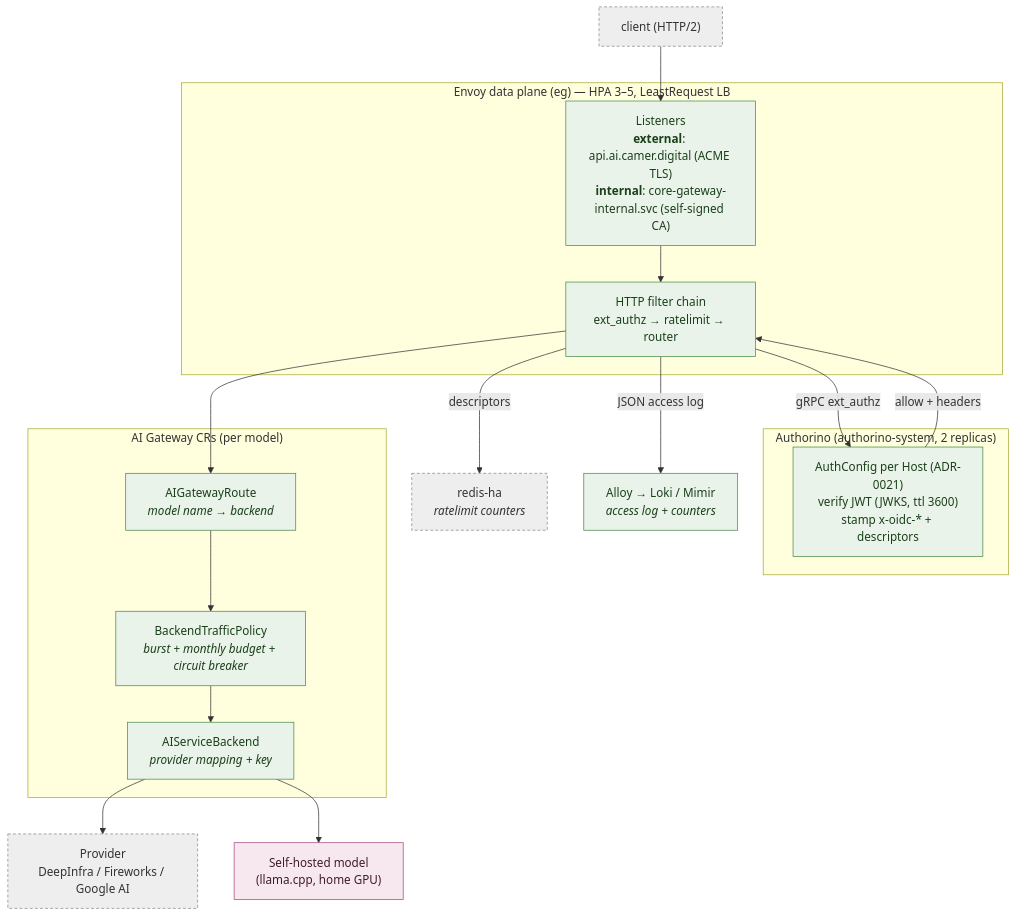
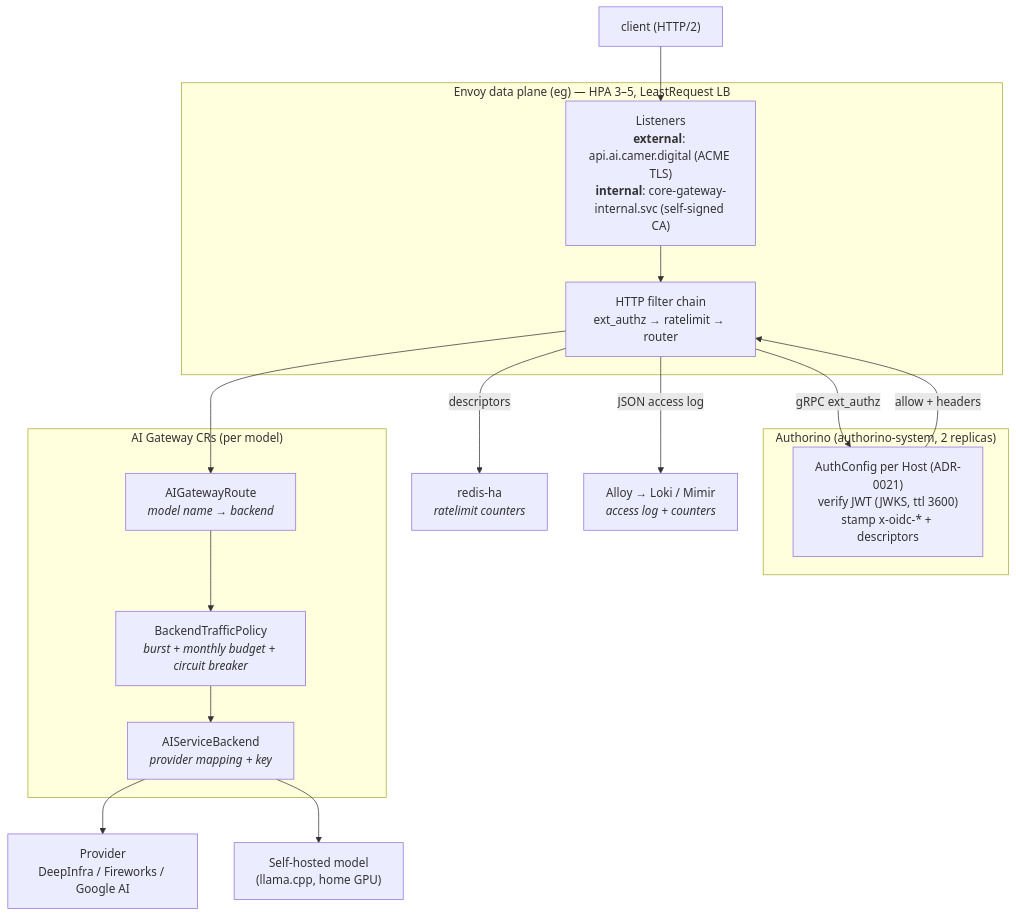
Before and after one commit to ADORSYS-GIS/ai-helm: the first of 5 diagrams in docs/architecture/03-gateway-components.md, drawn with Mermaid. The commit also changed 13 other files, not shown here.

First line of the commit message:
docs(architecture): uncolor all mermaid; refresh CD/components; add diagrams

````diff
--- a/docs/architecture/03-gateway-components.md
+++ b/docs/architecture/03-gateway-components.md
@@ -9,37 +9,34 @@
 ```mermaid
 flowchart TB
-    CLIENT["client (HTTP/2)"]:::ext
+    CLIENT["client (HTTP/2)"]
 
     subgraph dp["Envoy data plane (eg) — HPA 3–5, LeastRequest LB"]
-        LISTEN["Listeners<br/><b>external</b>: api.ai.camer.digital (ACME TLS)<br/><b>internal</b>: core-gateway-internal.svc (self-signed CA)"]:::own
-        FILTER["HTTP filter chain<br/>ext_authz → ratelimit → router"]:::own
+        LISTEN["Listeners<br/><b>external</b>: api.ai.camer.digital (ACME TLS)<br/><b>internal</b>: core-gateway-internal.svc (self-signed CA)"]
+        FILTER["HTTP filter chain<br/>ext_authz → ratelimit → router"]
     end
 
     subgraph authz["Authorino (authorino-system, 2 replicas)"]
-        AC["AuthConfig per Host (ADR-0021)<br/>verify JWT (JWKS, ttl 3600)<br/>stamp x-oidc-* + descriptors"]:::own
+        AC["AuthConfig per Host (ADR-0021)<br/>verify JWT (JWKS, ttl 3600)<br/>stamp x-oidc-* + descriptors"]
     end
 
     subgraph route["AI Gateway CRs (per model)"]
-        AIR["AIGatewayRoute<br/><i>model name → backend</i>"]:::own
-        BTP["BackendTrafficPolicy<br/><i>burst + monthly budget + circuit breaker</i>"]:::own
-        ASB["AIServiceBackend<br/><i>provider mapping + key</i>"]:::own
+        AIR["AIGatewayRoute<br/><i>model name → backend</i>"]
+        BTP["BackendTrafficPolicy<br/><i>burst + monthly budget + circuit breaker</i>"]
+        ASB["AIServiceBackend<br/><i>provider mapping + key</i>"]
     end
 
-    PROV["Provider<br/>DeepInfra / Fireworks / Google AI"]:::ext
-    GPU["Self-hosted model<br/>(llama.cpp, home GPU)"]:::gpu
-    REDIS["redis-ha<br/><i>ratelimit counters</i>"]:::ext
-    OBS["Alloy → Loki / Mimir<br/><i>access log + counters</i>"]:::own
+    PROV["Provider<br/>DeepInfra / Fireworks / Google AI"]
+    GPU["Self-hosted model<br/>(llama.cpp, home GPU)"]
+    REDIS["redis-ha<br/><i>ratelimit counters</i>"]
+    OBS["Alloy → Loki / Mimir<br/><i>access log + counters</i>"]
 
     CLIENT --> LISTEN --> FILTER
     FILTER -->|"gRPC ext_authz"| AC
     AC -->|allow + headers| FILTER
     FILTER -->|descriptors| REDIS
     FILTER --> AIR --> BTP --> ASB
     ASB --> PROV
     ASB --> GPU
     FILTER -->|"JSON access log"| OBS
 
-    classDef own fill:#eaf3ea,stroke:#4a8a4a,color:#1a401a;
-    classDef ext fill:#eee,stroke:#888,color:#333,stroke-dasharray:4 3;
-    classDef gpu fill:#f7e8f0,stroke:#a54a81,color:#401a2e;
 ```
````
